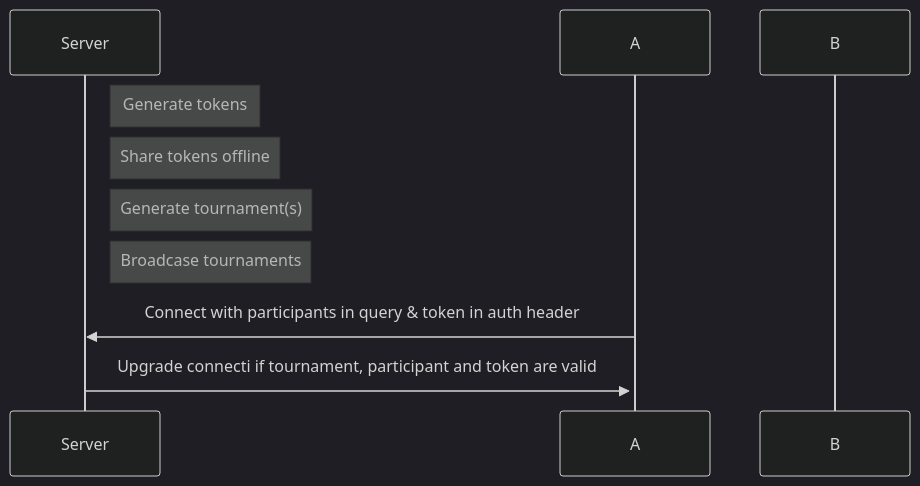
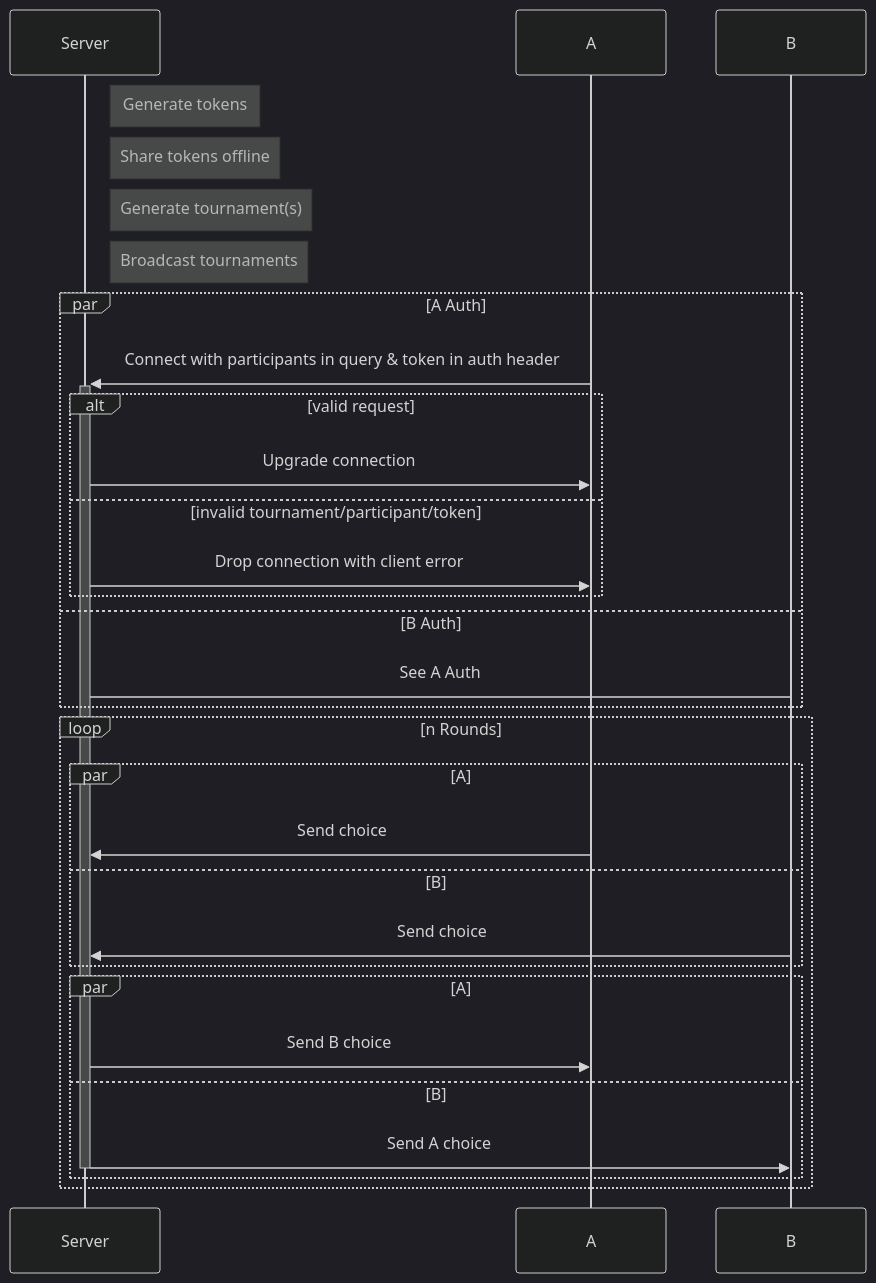
Before and after one commit to fgw/iterated-prisoners-dilemma-websocket-server: the diagram in README.md, drawn with Mermaid (dark theme).

Commit message:
Update mermaid diagram

````diff
--- a/README.md
+++ b/README.md
@@ -51,13 +51,32 @@
 ```mermaid
 sequenceDiagram
 participant Server
 participant A
 participant B
 Note right of Server: Generate tokens
 Note right of Server: Share tokens offline
 Note right of Server: Generate tournament(s)
-Note right of Server: Broadcase tournaments
-A->>Server: Connect with participants in query & token in auth header
-Server->>+A: Upgrade connecti if tournament, participant and token are valid
-
+Note right of Server: Broadcast tournaments
+par A Auth
+    A->>+Server: Connect with participants in query & token in auth header
+    alt valid request
+        Server->>A: Upgrade connection
+    else invalid tournament/participant/token
+        Server->>A: Drop connection with client error
+    end
+and B Auth
+    B->Server: See A Auth
+end
+loop n Rounds
+    par A
+        A->>Server: Send choice
+    and B
+        B->>Server: Send choice
+    end
+    par A
+        Server->>A: Send B choice
+    and B
+        Server->>-B: Send A choice
+    end
+end
 ```
````
